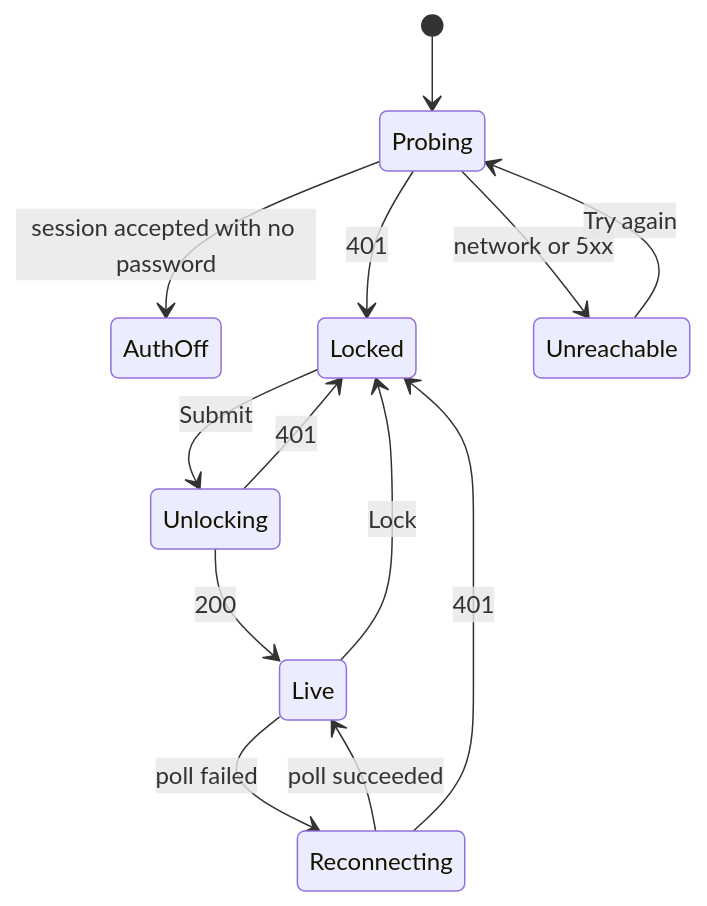
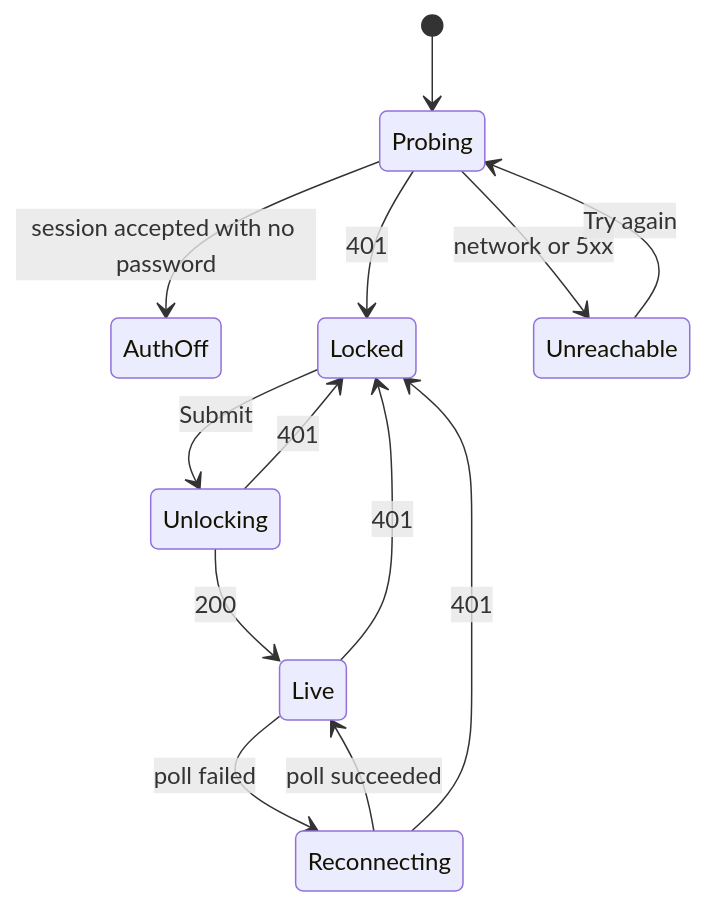
Before and after one commit to schleising/transmission-webui: the fourth of 6 diagrams in Design/transmission-webui.md, drawn with Mermaid. The commit also changed other lines of this file and 1 other file, not shown here.

````diff
--- a/Design/transmission-webui.md
+++ b/Design/transmission-webui.md
@@ -206,15 +208,15 @@
 ```mermaid
 stateDiagram-v2
   [*] --> Probing
   Probing --> AuthOff: session accepted with no password
   Probing --> Locked: 401
   Probing --> Unreachable: network or 5xx
   Unreachable --> Probing: Try again
   Locked --> Unlocking: Submit
   Unlocking --> Locked: 401
   Unlocking --> Live: 200
   Live --> Reconnecting: poll failed
   Reconnecting --> Live: poll succeeded
   Reconnecting --> Locked: 401
-  Live --> Locked: Lock
+  Live --> Locked: 401
 ```
````
